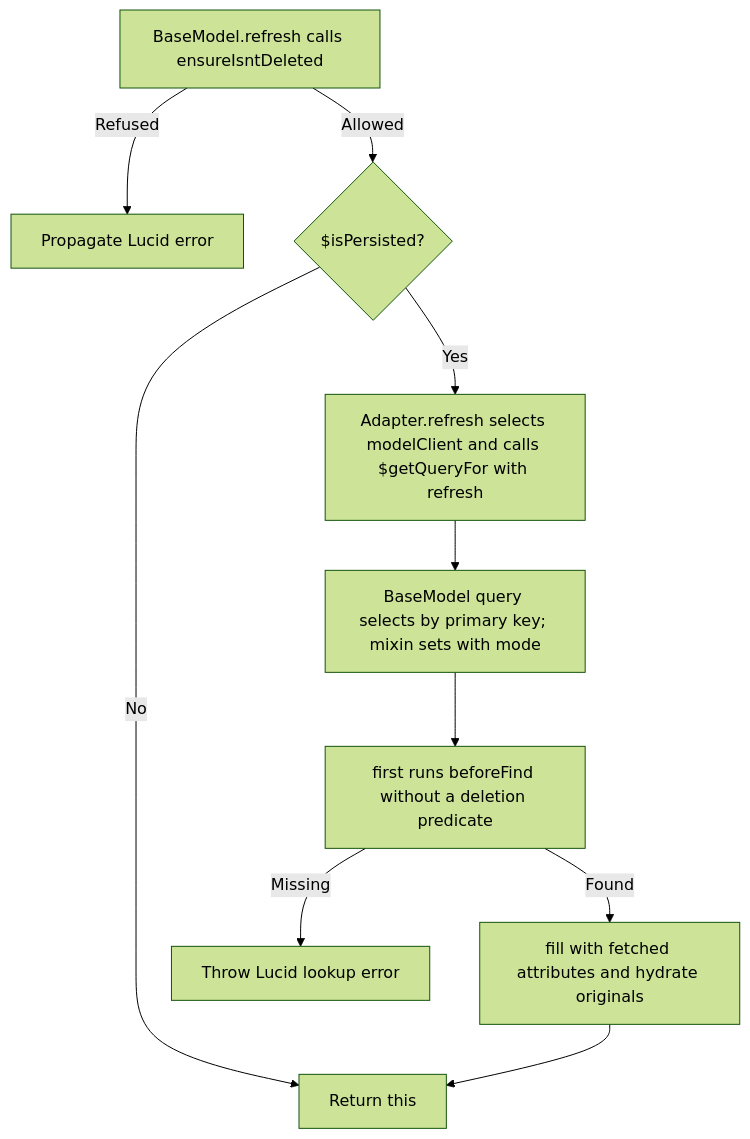
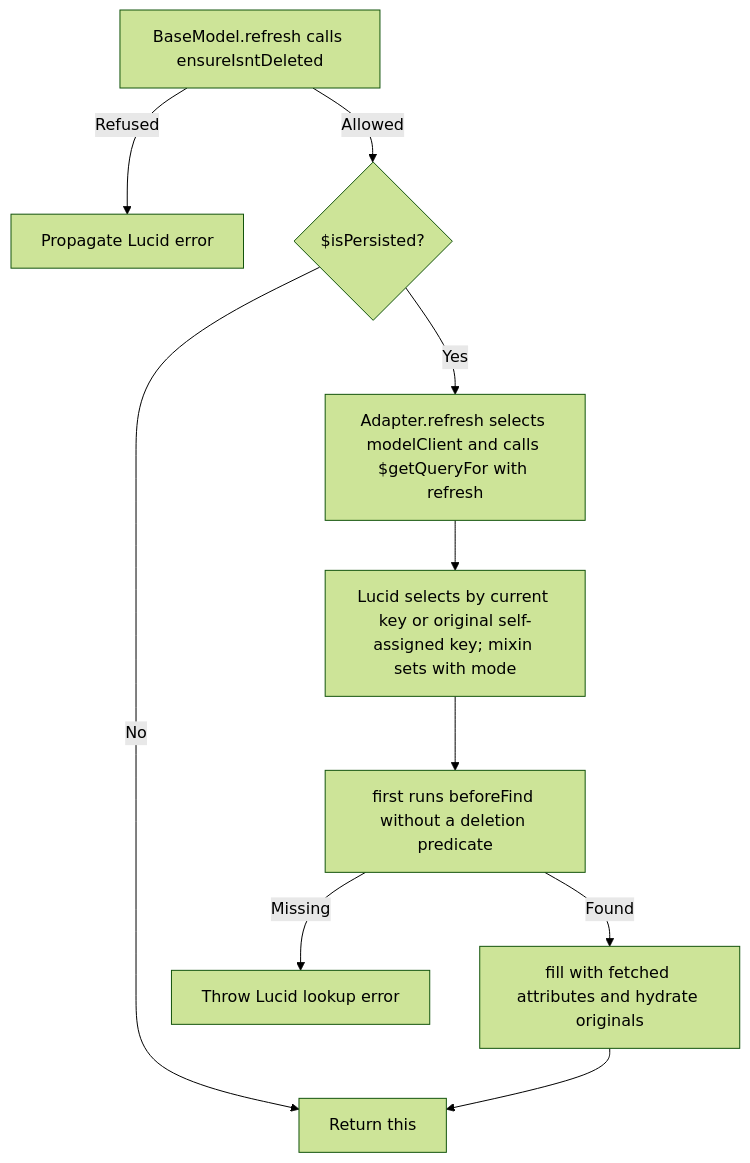
Before and after one commit to Kevinjohn/oss-adonisjs-lucid-soft-delete: the second of 2 diagrams in user-stories/integration/us-app-13-refresh-instance.md, drawn with Mermaid (forest theme). The commit also changed other lines of this file, not shown here.

Commit message:
Correct catalogue review findings

````diff
--- a/user-stories/integration/us-app-13-refresh-instance.md
+++ b/user-stories/integration/us-app-13-refresh-instance.md
@@ -32,11 +32,11 @@
 ```mermaid
 flowchart TD
     A["BaseModel.refresh calls ensureIsntDeleted"] -->|Refused| B["Propagate Lucid error"]
     A -->|Allowed| C{"$isPersisted?"}
     C -->|No| D["Return this"]
     C -->|Yes| E["Adapter.refresh selects modelClient and calls $getQueryFor with refresh"]
-    E --> F["BaseModel query selects by primary key; mixin sets with mode"]
+    E --> F["Lucid selects by current key or original self-assigned key; mixin sets with mode"]
     F --> G["first runs beforeFind without a deletion predicate"]
     G -->|Missing| H["Throw Lucid lookup error"]
     G -->|Found| I["fill with fetched attributes and hydrate originals"] --> D
 ```
````
